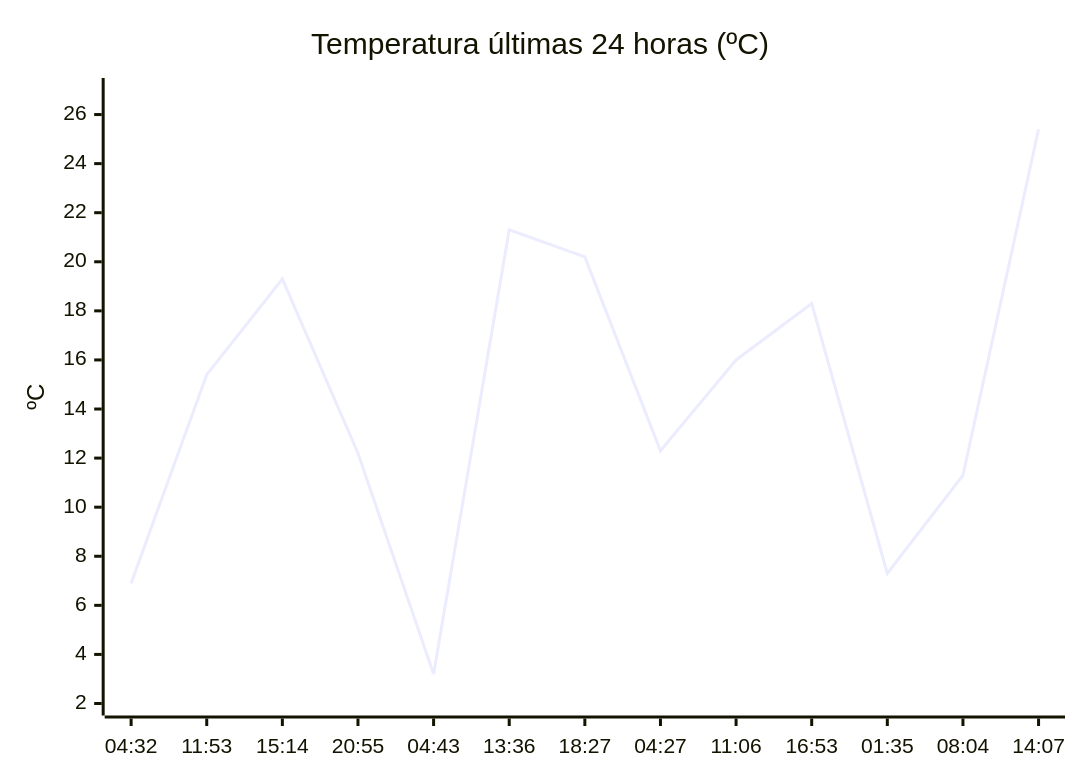
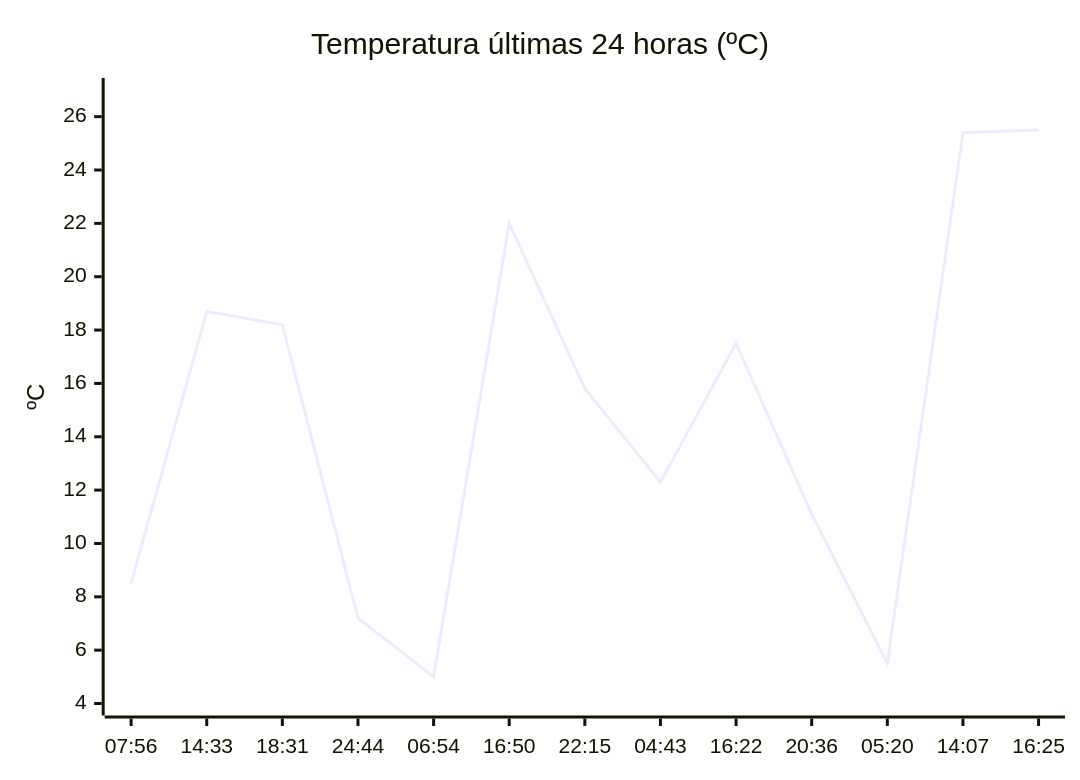
One commit to solidsnk86/rem-scrap changed the diagram in README.md. Above: the diagram before and after it, drawn with Mermaid. The commit also changed other lines of this file, not shown here.

````diff
--- a/README.md
+++ b/README.md
@@ -32,7 +32,7 @@
 ```mermaid
 xychart-beta
     title "Temperatura últimas 24 horas (ºC)"
-    x-axis ["04:32", "11:53", "15:14", "20:55", "04:43", "13:36", "18:27", "04:27", "11:06", "16:53", "01:35", "08:04", "14:07"]
-    y-axis "ºC" 2 --> 27
-    line [6.9, 15.4, 19.3, 12.2, 3.2, 21.3, 20.2, 12.3, 16, 18.3, 7.3, 11.3, 25.4]
+    x-axis ["07:56", "14:33", "18:31", "24:44", "06:54", "16:50", "22:15", "04:43", "16:22", "20:36", "05:20", "14:07", "16:25"]
+    y-axis "ºC" 4 --> 27
+    line [8.5, 18.7, 18.2, 7.2, 5, 22, 15.8, 12.3, 17.5, 11.1, 5.5, 25.4, 25.5]
 ```
````
